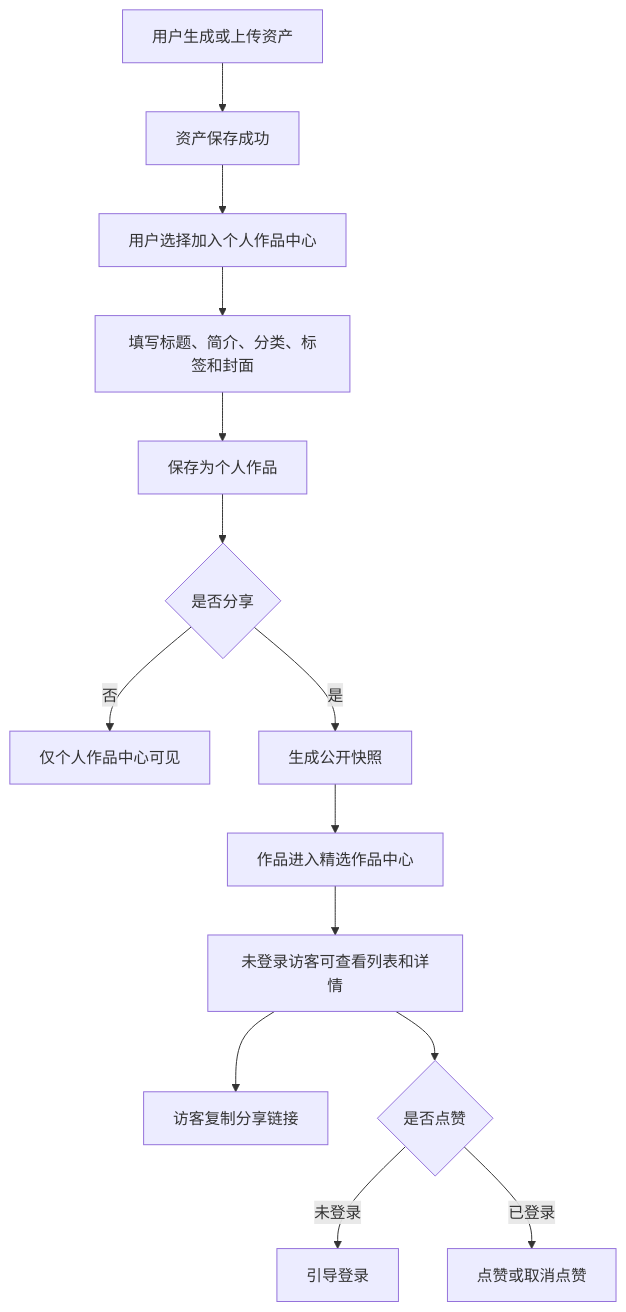
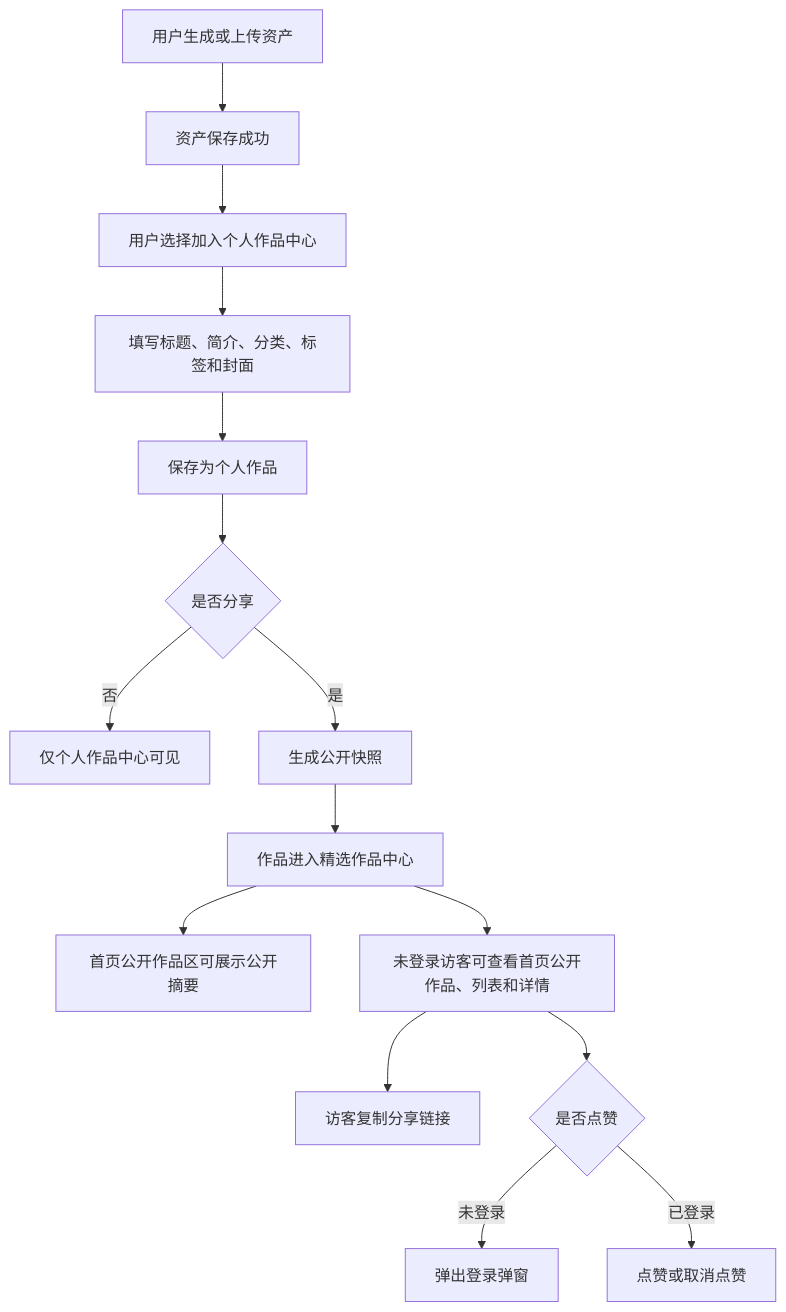
Before and after one commit to FigoGoo/Dora-Agent: the first of 2 diagrams in docs/product/prd/12-作品中心与精选作品PRD.md, drawn with Mermaid. The commit also changed other lines of this file and 80 other files, not shown here.

````diff
--- a/docs/product/prd/12-作品中心与精选作品PRD.md
+++ b/docs/product/prd/12-作品中心与精选作品PRD.md
@@ -82,16 +86,17 @@
 ```mermaid
 flowchart TD
   A["用户生成或上传资产"] --> B["资产保存成功"]
   B --> C["用户选择加入个人作品中心"]
   C --> D["填写标题、简介、分类、标签和封面"]
   D --> E["保存为个人作品"]
   E --> F{"是否分享"}
   F -- "否" --> G["仅个人作品中心可见"]
   F -- "是" --> H["生成公开快照"]
   H --> I["作品进入精选作品中心"]
-  I --> J["未登录访客可查看列表和详情"]
+  I --> H2["首页公开作品区可展示公开摘要"]
+  I --> J["未登录访客可查看首页公开作品、列表和详情"]
   J --> K["访客复制分享链接"]
   J --> L{"是否点赞"}
-  L -- "未登录" --> M["引导登录"]
+  L -- "未登录" --> M["弹出登录弹窗"]
   L -- "已登录" --> N["点赞或取消点赞"]
 ```
````
